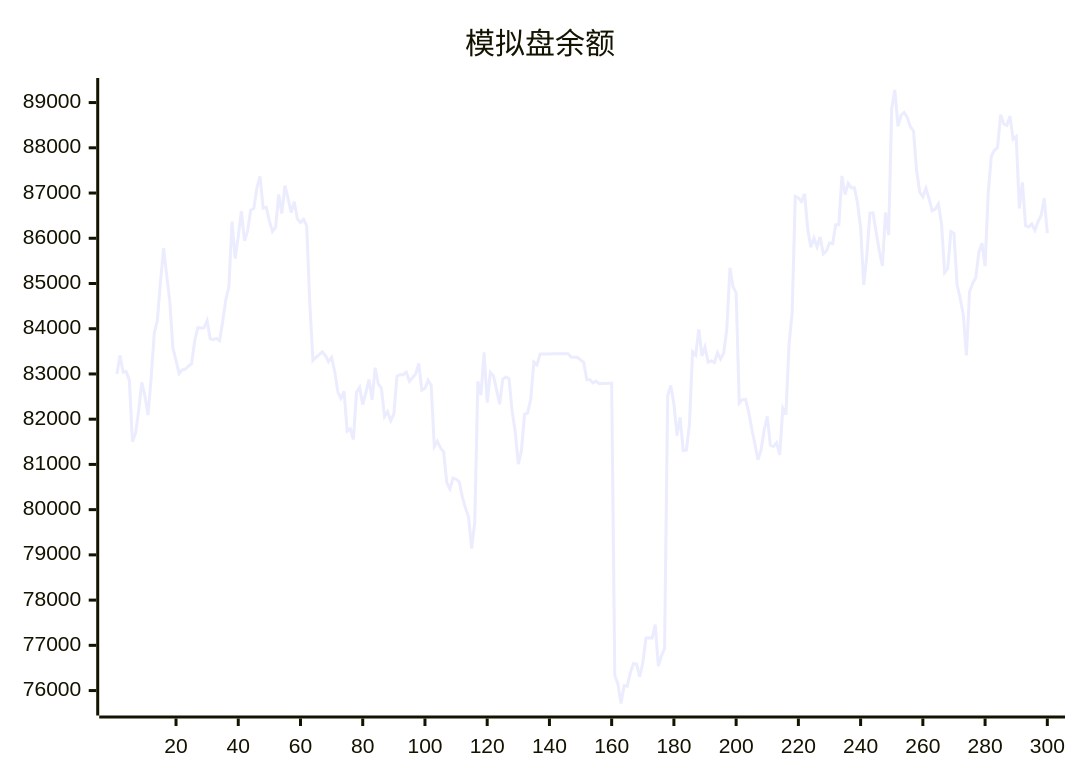
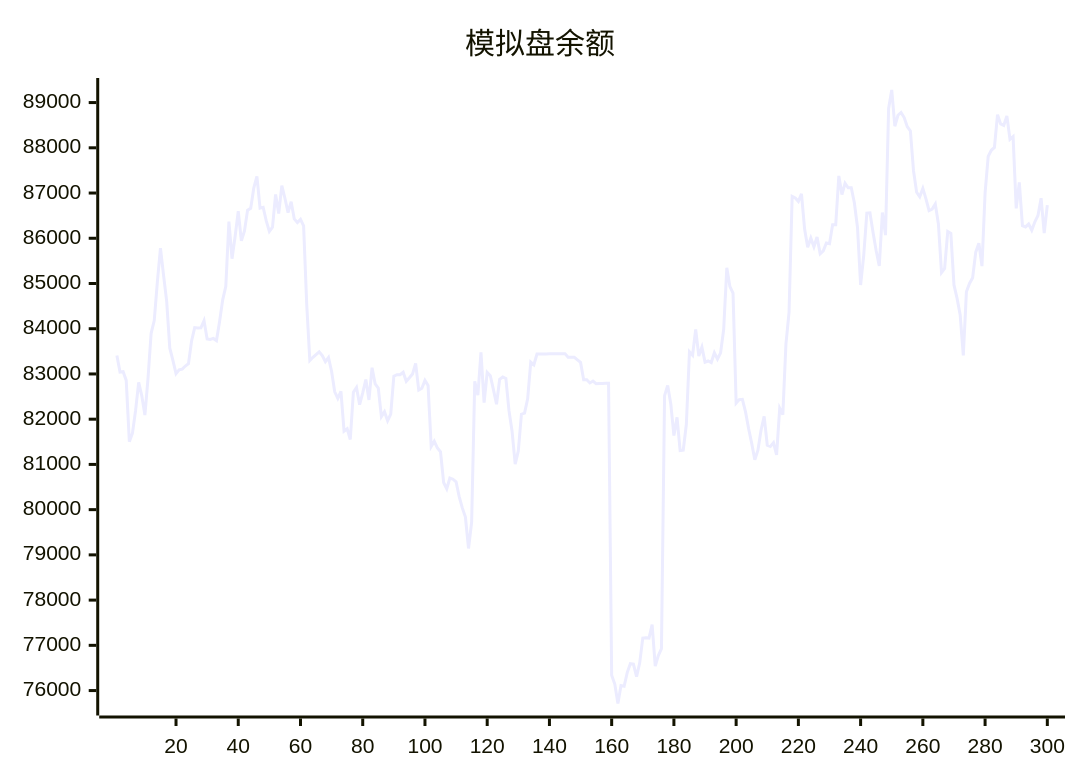
Before and after one commit to aahl/ai-trading: the diagram in README.md, drawn with Mermaid. The commit also changed other lines of this file and 1 other file, not shown here.

````diff
--- a/README.md
+++ b/README.md
@@ -5,5 +5,5 @@
 ```mermaid
 xychart
     title "模拟盘余额"
-    line [83000,83408,83041,83050,82858,81503,81691,82188,82812,82517,82092,82901,83898,84180,85030,85781,85178,84604,83569,83298,83008,83093,83107,83175,83228,83729,84025,84017,84019,84177,83775,83762,83785,83738,84160,84639,84939,86370,85548,86046,86599,85942,86161,86622,86664,87115,87369,86666,86685,86384,86152,86243,86969,86548,87164,86885,86566,86809,86427,86348,86417,86273,84538,83299,83369,83430,83490,83404,83270,83362,83056,82605,82459,82614,81734,81788,81551,82598,82702,82320,82580,82878,82426,83139,82778,82686,82056,82166,81963,82110,82951,82983,82984,83038,82838,82915,82998,83235,82642,82682,82858,82746,81396,81512,81362,81277,80600,80461,80699,80673,80616,80288,80038,79836,79142,79722,82837,82533,83480,82366,83032,82960,82654,82330,82883,82934,82901,82188,81728,81005,81298,82110,82135,82449,83264,83203,83440,83439,83440,83440,83446,83447,83448,83447,83448,83449,83369,83369,83369,83313,83256,82872,82873,82801,82844,82785,82791,82791,82793,82794,76339,76145,75714,76110,76096,76397,76594,76585,76310,76607,77160,77170,77160,77456,76541,76774,76927,82520,82744,82337,81639,82040,81307,81314,81887,83490,83414,83984,83396,83594,83261,83287,83253,83470,83327,83465,83987,85348,84930,84786,82355,82433,82438,82167,81795,81466,81105,81315,81756,82064,81426,81398,81481,81210,82242,82099,83658,84359,86925,86892,86814,86980,86203,85802,86003,85811,86028,85657,85721,85896,85880,86300,86299,87378,86965,87214,87115,87118,86780,86238,84966,85623,86555,86562,86129,85722,85387,86569,86070,88870,89278,88477,88720,88781,88668,88467,88372,87493,87018,86917,87102,86870,86613,86644,86758,86317,85242,85334,86149,86106,84968,84671,84302,83410,84816,85001,85127,85693,85891,85384,87001,87811,87945,88007,88734,88528,88495,88705,88189,88248,86662,87234,86279,86251,86314,86177,86364,86503,86886,86114]
+    line [83408,83041,83050,82858,81503,81691,82188,82812,82517,82092,82901,83898,84180,85030,85781,85178,84604,83569,83298,83008,83093,83107,83175,83228,83729,84025,84017,84019,84177,83775,83762,83785,83738,84160,84639,84939,86370,85548,86046,86599,85942,86161,86622,86664,87115,87369,86666,86685,86384,86152,86243,86969,86548,87164,86885,86566,86809,86427,86348,86417,86273,84538,83299,83369,83430,83490,83404,83270,83362,83056,82605,82459,82614,81734,81788,81551,82598,82702,82320,82580,82878,82426,83139,82778,82686,82056,82166,81963,82110,82951,82983,82984,83038,82838,82915,82998,83235,82642,82682,82858,82746,81396,81512,81362,81277,80600,80461,80699,80673,80616,80288,80038,79836,79142,79722,82837,82533,83480,82366,83032,82960,82654,82330,82883,82934,82901,82188,81728,81005,81298,82110,82135,82449,83264,83203,83440,83439,83440,83440,83446,83447,83448,83447,83448,83449,83369,83369,83369,83313,83256,82872,82873,82801,82844,82785,82791,82791,82793,82794,76339,76145,75714,76110,76096,76397,76594,76585,76310,76607,77160,77170,77160,77456,76541,76774,76927,82520,82744,82337,81639,82040,81307,81314,81887,83490,83414,83984,83396,83594,83261,83287,83253,83470,83327,83465,83987,85348,84930,84786,82355,82433,82438,82167,81795,81466,81105,81315,81756,82064,81426,81398,81481,81210,82242,82099,83658,84359,86925,86892,86814,86980,86203,85802,86003,85811,86028,85657,85721,85896,85880,86300,86299,87378,86965,87214,87115,87118,86780,86238,84966,85623,86555,86562,86129,85722,85387,86569,86070,88870,89278,88477,88720,88781,88668,88467,88372,87493,87018,86917,87102,86870,86613,86644,86758,86317,85242,85334,86149,86106,84968,84671,84302,83410,84816,85001,85127,85693,85891,85384,87001,87811,87945,88007,88734,88528,88495,88705,88189,88248,86662,87234,86279,86251,86314,86177,86364,86503,86886,86114,86731]
 ```
````
